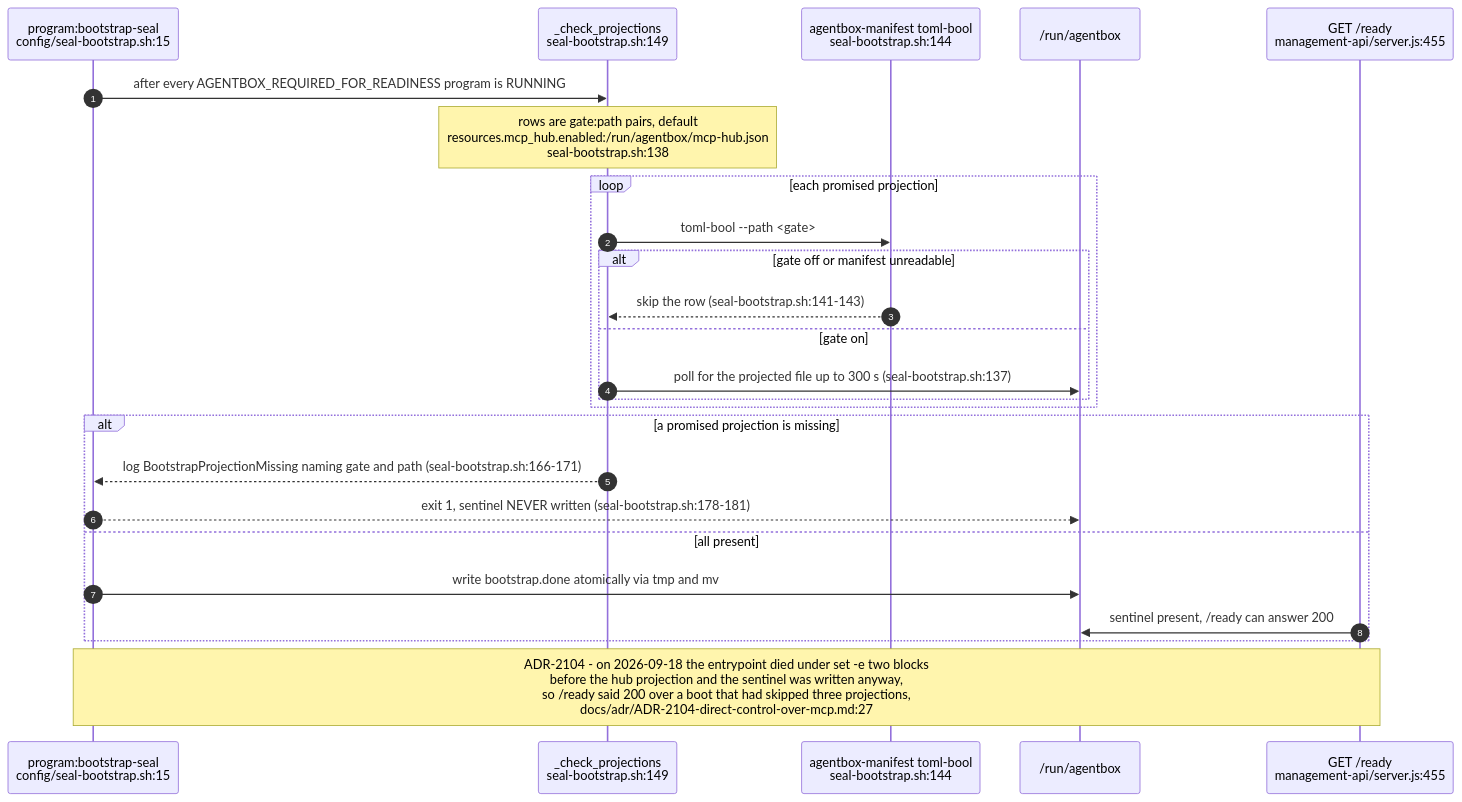
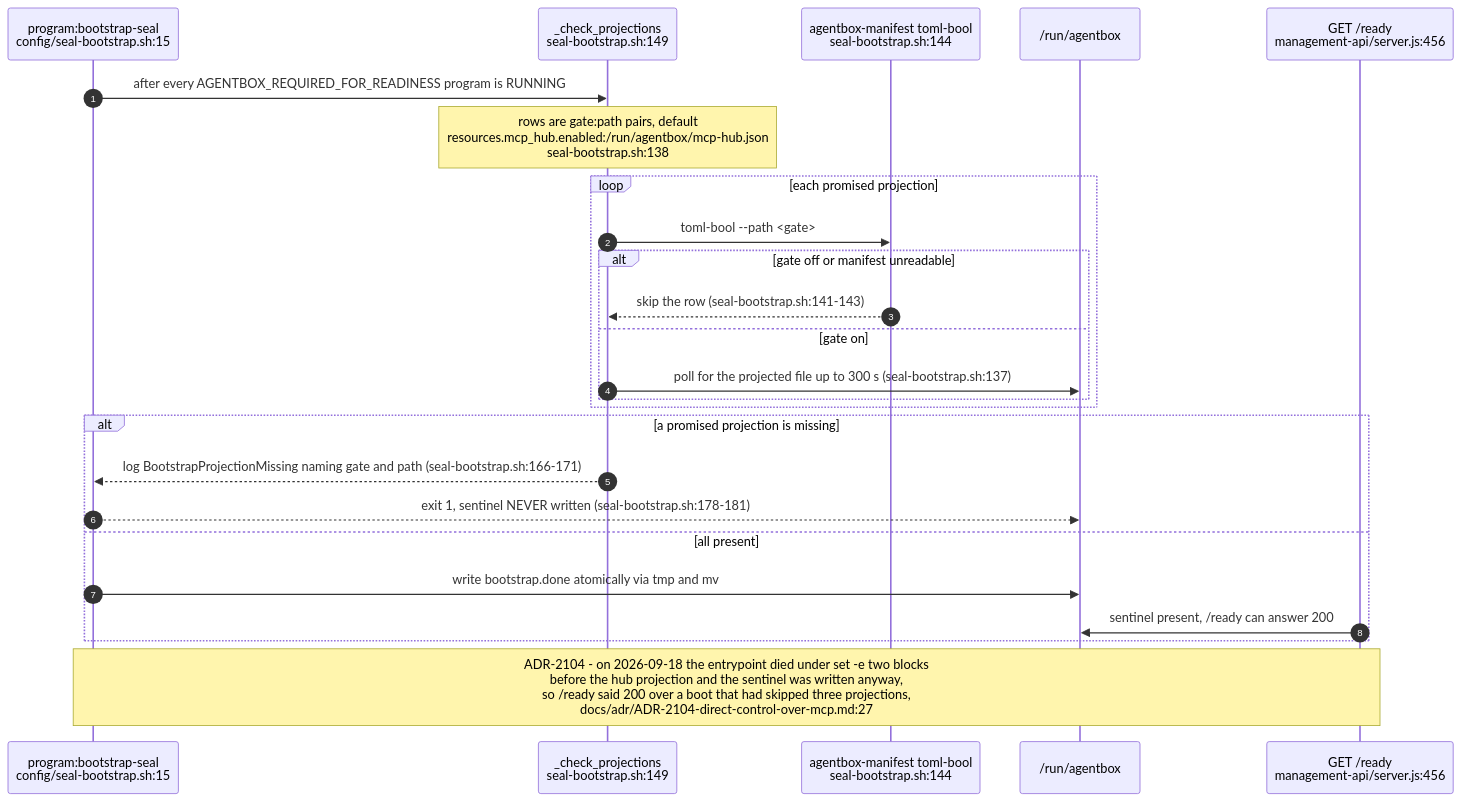
One commit to DreamLab-AI/VisionFlow changed diagram 19 of 20 in docs/diagrams/agentbox/02-boot-sequence-and-readiness.md. Above: the diagram before and after it, drawn with Mermaid. The commit also changed other lines of this file and 31 other files, not shown here.

````diff
--- a/docs/diagrams/agentbox/02-boot-sequence-and-readiness.md
+++ b/docs/diagrams/agentbox/02-boot-sequence-and-readiness.md
@@ -646,28 +645,28 @@
 ```mermaid
 sequenceDiagram
     autonumber
     participant SEAL as program:bootstrap-seal<br/>config/seal-bootstrap.sh:15
     participant CP as _check_projections<br/>seal-bootstrap.sh:149
     participant AM as agentbox-manifest toml-bool<br/>seal-bootstrap.sh:144
     participant FS as /run/agentbox
-    participant RDY as GET /ready<br/>management-api/server.js:455
+    participant RDY as GET /ready<br/>management-api/server.js:456
 
     SEAL->>CP: after every AGENTBOX_REQUIRED_FOR_READINESS program is RUNNING
     Note over CP: rows are gate:path pairs, default<br/>resources.mcp_hub.enabled:/run/agentbox/mcp-hub.json<br/>seal-bootstrap.sh:138
     loop each promised projection
         CP->>AM: toml-bool --path <gate>
         alt gate off or manifest unreadable
             AM-->>CP: skip the row (seal-bootstrap.sh:141-143)
         else gate on
             CP->>FS: poll for the projected file up to 300 s (seal-bootstrap.sh:137)
         end
     end
     alt a promised projection is missing
         CP-->>SEAL: log BootstrapProjectionMissing naming gate and path (seal-bootstrap.sh:166-171)
         SEAL-->>FS: exit 1, sentinel NEVER written (seal-bootstrap.sh:178-181)
     else all present
         SEAL->>FS: write bootstrap.done atomically via tmp and mv
         RDY->>FS: sentinel present, /ready can answer 200
     end
     Note over SEAL,RDY: ADR-2104 - on 2026-09-18 the entrypoint died under set -e two blocks<br/>before the hub projection and the sentinel was written anyway,<br/>so /ready said 200 over a boot that had skipped three projections,<br/>docs/adr/ADR-2104-direct-control-over-mcp.md:27
 ```
````
